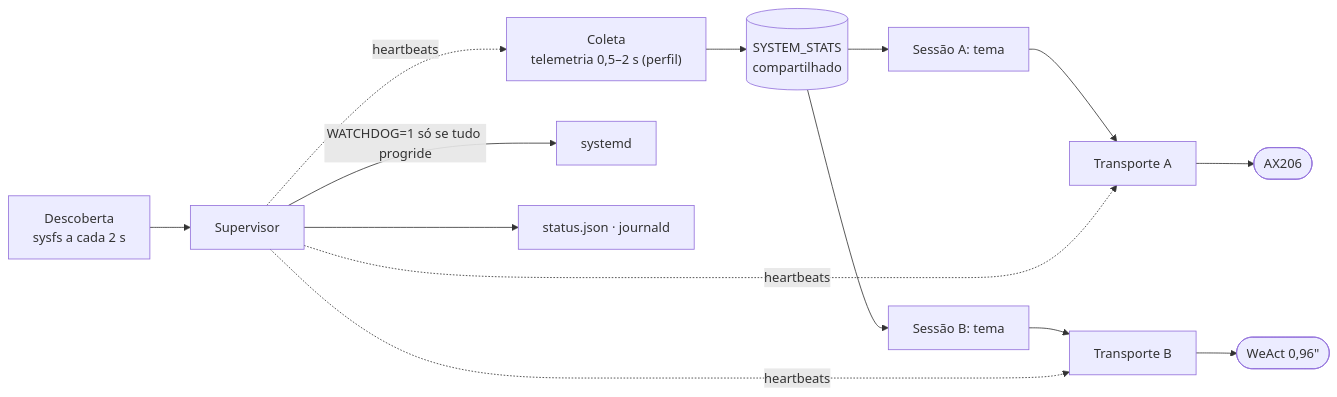
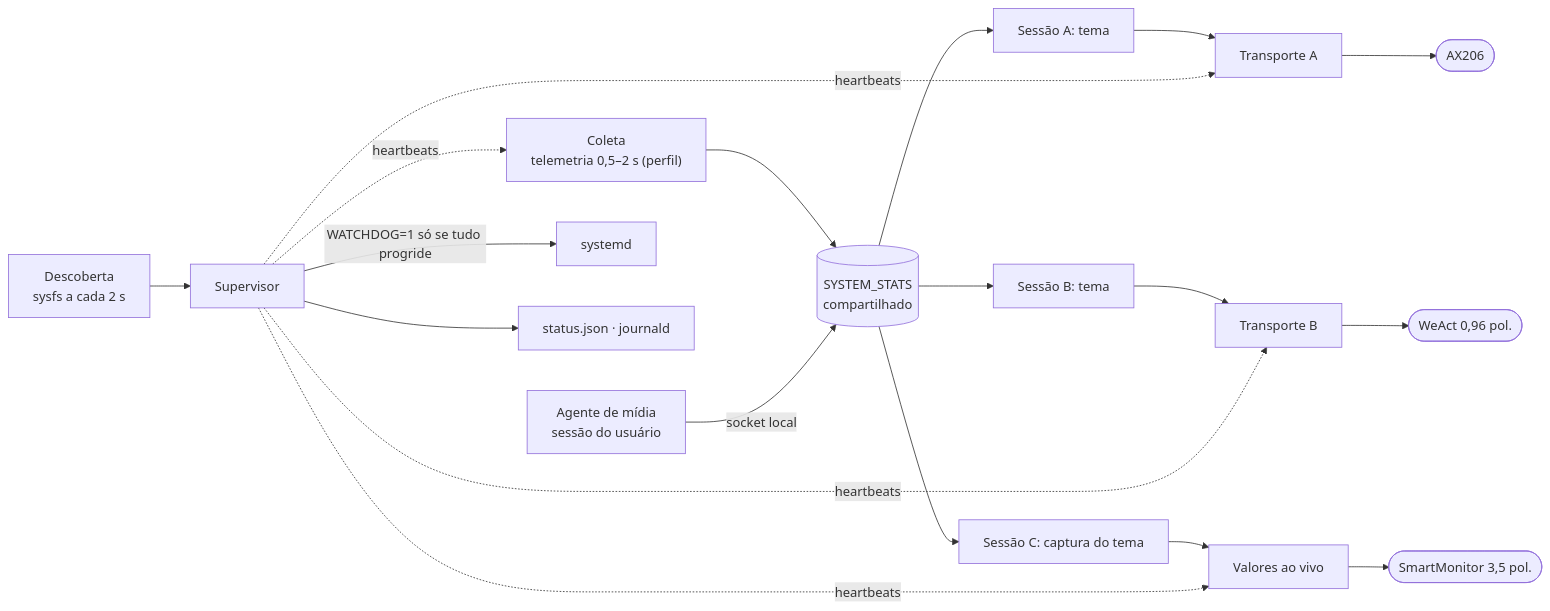
Before and after one commit to biglinux/big-screen-monitor-display: the diagram in README.md, drawn with Mermaid. The commit also changed other lines of this file, not shown here.

First line of the commit message:
docs(readme): SmartMonitor, agente de mídia e diagrama de arquitetura

````diff
--- a/README.md
+++ b/README.md
@@ -544,12 +575,15 @@
 ```mermaid
 flowchart LR
     U["Descoberta<br/>sysfs a cada 2 s"] --> H
     T["Coleta<br/>telemetria 0,5–2 s (perfil)"] --> S[("SYSTEM_STATS<br/>compartilhado")]
     S --> R1["Sessão A: tema"] --> X1["Transporte A"] --> D1(["AX206"])
-    S --> R2["Sessão B: tema"] --> X2["Transporte B"] --> D2(["WeAct 0,96&quot;"])
+    S --> R2["Sessão B: tema"] --> X2["Transporte B"] --> D2(["WeAct 0,96 pol."])
+    S --> R3["Sessão C: captura do tema"] --> X3["Valores ao vivo"] --> D3(["SmartMonitor 3,5 pol."])
+    M["Agente de mídia<br/>sessão do usuário"] -- "socket local" --> S
     H["Supervisor"] -. heartbeats .-> T
     H -. heartbeats .-> X1
     H -. heartbeats .-> X2
+    H -. heartbeats .-> X3
     H -- "WATCHDOG=1 só se tudo progride" --> SD["systemd"]
     H --> J["status.json · journald"]
 ```
````
